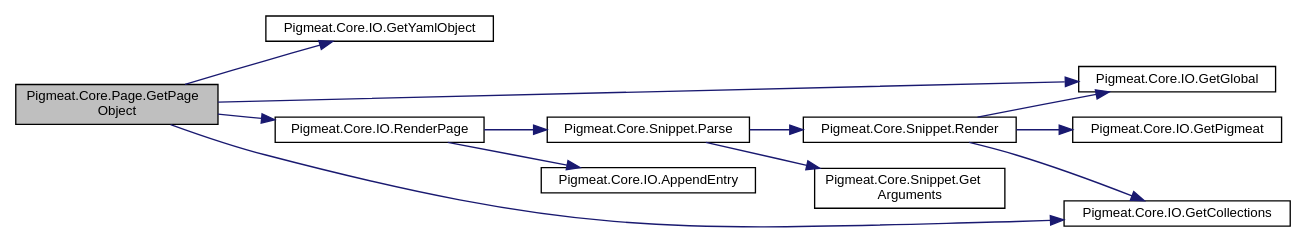
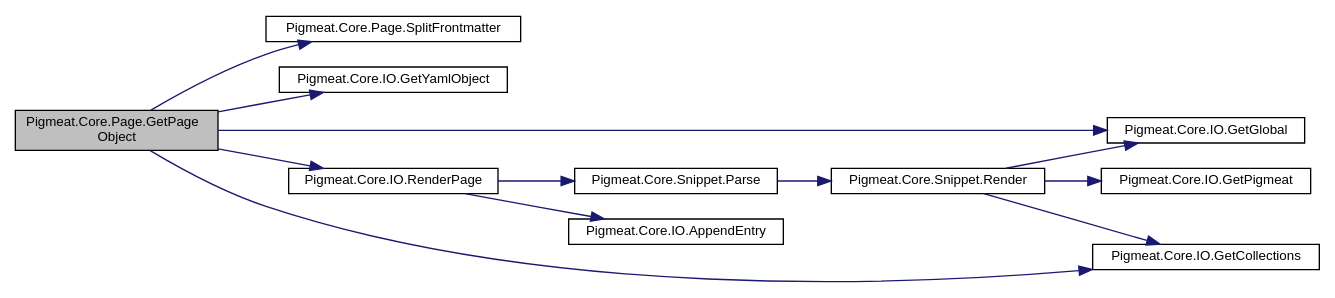
One commit to milovidov983/Pigmeat changed the diagram in class_pigmeat_1_1_core_1_1_page_a3a2dee942bb7b2f763ce5d1caba4163d_cgraph.dot. Above: the diagram before and after it, drawn with Graphviz. The commit also changed 89 other files, not shown here.

```diff
--- a/class_pigmeat_1_1_core_1_1_page_a3a2dee942bb7b2f763ce5d1caba4163d_cgraph.dot
+++ b/class_pigmeat_1_1_core_1_1_page_a3a2dee942bb7b2f763ce5d1caba4163d_cgraph.dot
@@ -1,27 +1,27 @@
 digraph "Pigmeat.Core.Page.GetPageObject"
 {
   edge [fontname="Helvetica",fontsize="10",labelfontname="Helvetica",labelfontsize="10"];
   node [fontname="Helvetica",fontsize="10",shape=record];
   rankdir="LR";
-  Node10 [label="Pigmeat.Core.Page.GetPage\lObject",height=0.2,width=0.4,color="black", fillcolor="grey75", style="filled", fontcolor="black"];
-  Node10 -> Node11 [color="midnightblue",fontsize="10",style="solid",fontname="Helvetica"];
-  Node11 [label="Pigmeat.Core.IO.GetYamlObject",height=0.2,width=0.4,color="black", fillcolor="white", style="filled",URL="$class_pigmeat_1_1_core_1_1_i_o.html#a65785eb7263115da1c592b06597727f5",tooltip="Convert YAML data into JObject "];
-  Node10 -> Node12 [color="midnightblue",fontsize="10",style="solid",fontname="Helvetica"];
-  Node12 [label="Pigmeat.Core.IO.GetGlobal",height=0.2,width=0.4,color="black", fillcolor="white", style="filled",URL="$class_pigmeat_1_1_core_1_1_i_o.html#a8f84ec34a489ed4c83089b16308ddc7f",tooltip="Get file representing project&#39;s Global context "];
-  Node10 -> Node13 [color="midnightblue",fontsize="10",style="solid",fontname="Helvetica"];
-  Node13 [label="Pigmeat.Core.IO.GetCollections",height=0.2,width=0.4,color="black", fillcolor="white", style="filled",URL="$class_pigmeat_1_1_core_1_1_i_o.html#a95f27be3fb9f5fd7e668f903c4e1cfb4",tooltip="Create a JObject to merge with the Global context containing each collection&#39;s collection.json data "];
-  Node10 -> Node14 [color="midnightblue",fontsize="10",style="solid",fontname="Helvetica"];
-  Node14 [label="Pigmeat.Core.IO.RenderPage",height=0.2,width=0.4,color="black", fillcolor="white", style="filled",URL="$class_pigmeat_1_1_core_1_1_i_o.html#a000f595801bec338426974328b938e6c",tooltip="Take layout, place Markdig-parsed content in layout, evaluate includes, render with Scriban ..."];
-  Node14 -> Node15 [color="midnightblue",fontsize="10",style="solid",fontname="Helvetica"];
-  Node15 [label="Pigmeat.Core.Snippet.Parse",height=0.2,width=0.4,color="black", fillcolor="white", style="filled",URL="$class_pigmeat_1_1_core_1_1_snippet.html#a54ea5e1d3a8cd6308a1b1c9f01457146",tooltip="Parses through each {! snippet !} call in a page and evaluates them "];
-  Node15 -> Node16 [color="midnightblue",fontsize="10",style="solid",fontname="Helvetica"];
-  Node16 [label="Pigmeat.Core.Snippet.Get\lArguments",height=0.2,width=0.4,color="black", fillcolor="white", style="filled",URL="$class_pigmeat_1_1_core_1_1_snippet.html#aa38c844e4b96a534fcb78ca5c00ffd8e",tooltip="Gets the arguments given in the Snippet call, to be parsed through later "];
-  Node15 -> Node17 [color="midnightblue",fontsize="10",style="solid",fontname="Helvetica"];
-  Node17 [label="Pigmeat.Core.Snippet.Render",height=0.2,width=0.4,color="black", fillcolor="white", style="filled",URL="$class_pigmeat_1_1_core_1_1_snippet.html#af0fb8ee7a3dc0364d48433d429da920a",tooltip="Renders Snippets "];
-  Node17 -> Node12 [color="midnightblue",fontsize="10",style="solid",fontname="Helvetica"];
-  Node17 -> Node13 [color="midnightblue",fontsize="10",style="solid",fontname="Helvetica"];
-  Node17 -> Node18 [color="midnightblue",fontsize="10",style="solid",fontname="Helvetica"];
-  Node18 [label="Pigmeat.Core.IO.GetPigmeat",height=0.2,width=0.4,color="black", fillcolor="white", style="filled",URL="$class_pigmeat_1_1_core_1_1_i_o.html#ab52a010415630b7063180fd58759eab3",tooltip="Get JObject representing project&#39;s Pigmeat context "];
-  Node14 -> Node19 [color="midnightblue",fontsize="10",style="solid",fontname="Helvetica"];
-  Node19 [label="Pigmeat.Core.IO.AppendEntry",height=0.2,width=0.4,color="black", fillcolor="white", style="filled",URL="$class_pigmeat_1_1_core_1_1_i_o.html#a513be40f796bdadd8f6eb31f2446716a",tooltip="Adds JObject representations of pages in a collection to the collection&#39;s entries field in its collec..."];
+  Node2 [label="Pigmeat.Core.Page.GetPage\lObject",height=0.2,width=0.4,color="black", fillcolor="grey75", style="filled", fontcolor="black"];
+  Node2 -> Node3 [color="midnightblue",fontsize="10",style="solid",fontname="Helvetica"];
+  Node3 [label="Pigmeat.Core.Page.SplitFrontmatter",height=0.2,width=0.4,color="black", fillcolor="white", style="filled",URL="$class_pigmeat_1_1_core_1_1_page.html#adeeba3432008a2b7718ad52c2e0ae058",tooltip="Gets the YAML of the frontmatter for a given page "];
+  Node2 -> Node4 [color="midnightblue",fontsize="10",style="solid",fontname="Helvetica"];
+  Node4 [label="Pigmeat.Core.IO.GetYamlObject",height=0.2,width=0.4,color="black", fillcolor="white", style="filled",URL="$class_pigmeat_1_1_core_1_1_i_o.html#a65785eb7263115da1c592b06597727f5",tooltip="Convert YAML data into JObject "];
+  Node2 -> Node5 [color="midnightblue",fontsize="10",style="solid",fontname="Helvetica"];
+  Node5 [label="Pigmeat.Core.IO.GetGlobal",height=0.2,width=0.4,color="black", fillcolor="white", style="filled",URL="$class_pigmeat_1_1_core_1_1_i_o.html#a8f84ec34a489ed4c83089b16308ddc7f",tooltip="Get file representing project&#39;s Global context "];
+  Node2 -> Node6 [color="midnightblue",fontsize="10",style="solid",fontname="Helvetica"];
+  Node6 [label="Pigmeat.Core.IO.GetCollections",height=0.2,width=0.4,color="black", fillcolor="white", style="filled",URL="$class_pigmeat_1_1_core_1_1_i_o.html#a95f27be3fb9f5fd7e668f903c4e1cfb4",tooltip="Create a JObject to merge with the Global context containing each collection&#39;s collection.json data "];
+  Node2 -> Node7 [color="midnightblue",fontsize="10",style="solid",fontname="Helvetica"];
+  Node7 [label="Pigmeat.Core.IO.RenderPage",height=0.2,width=0.4,color="black", fillcolor="white", style="filled",URL="$class_pigmeat_1_1_core_1_1_i_o.html#a000f595801bec338426974328b938e6c",tooltip="Take layout, place Markdig-parsed content in layout, evaluate includes, render with Scriban ..."];
+  Node7 -> Node8 [color="midnightblue",fontsize="10",style="solid",fontname="Helvetica"];
+  Node8 [label="Pigmeat.Core.Snippet.Parse",height=0.2,width=0.4,color="black", fillcolor="white", style="filled",URL="$class_pigmeat_1_1_core_1_1_snippet.html#a54ea5e1d3a8cd6308a1b1c9f01457146",tooltip="Parses through each {! snippet !} call in a page and evaluates them "];
+  Node8 -> Node9 [color="midnightblue",fontsize="10",style="solid",fontname="Helvetica"];
+  Node9 [label="Pigmeat.Core.Snippet.Render",height=0.2,width=0.4,color="black", fillcolor="white", style="filled",URL="$class_pigmeat_1_1_core_1_1_snippet.html#ac3dd182d3699b9997372e1baa768de2b",tooltip="Renders Snippets "];
+  Node9 -> Node5 [color="midnightblue",fontsize="10",style="solid",fontname="Helvetica"];
+  Node9 -> Node6 [color="midnightblue",fontsize="10",style="solid",fontname="Helvetica"];
+  Node9 -> Node10 [color="midnightblue",fontsize="10",style="solid",fontname="Helvetica"];
+  Node10 [label="Pigmeat.Core.IO.GetPigmeat",height=0.2,width=0.4,color="black", fillcolor="white", style="filled",URL="$class_pigmeat_1_1_core_1_1_i_o.html#ab52a010415630b7063180fd58759eab3",tooltip="Get JObject representing project&#39;s Pigmeat context "];
+  Node7 -> Node11 [color="midnightblue",fontsize="10",style="solid",fontname="Helvetica"];
+  Node11 [label="Pigmeat.Core.IO.AppendEntry",height=0.2,width=0.4,color="black", fillcolor="white", style="filled",URL="$class_pigmeat_1_1_core_1_1_i_o.html#a513be40f796bdadd8f6eb31f2446716a",tooltip="Adds JObject representations of pages in a collection to the collection&#39;s entries field in its collec..."];
 }
```
